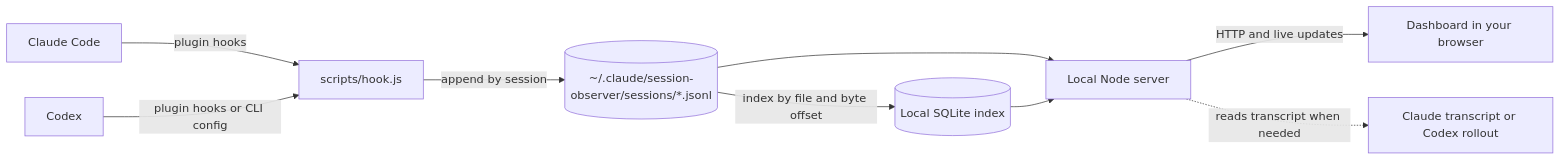
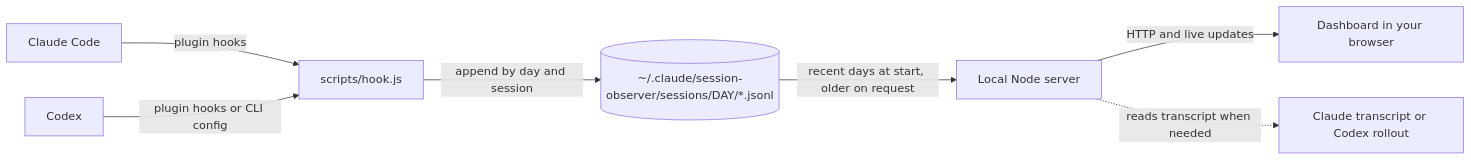
One commit to adrianstanek/session-observer changed the first of 3 diagrams in README.md. Above: the diagram before and after it, drawn with Mermaid. The commit also changed other lines of this file and 27 other files, not shown here.

First line of the commit message:
feat: store events in day folders and load recent days only

```diff
--- a/README.md
+++ b/README.md
@@ -35,11 +35,9 @@
 ~~~mermaid
 flowchart LR
   C[Claude Code] -->|plugin hooks| H[scripts/hook.js]
   X[Codex] -->|plugin hooks or CLI config| H
-  H -->|append by session| L[(~/.claude/session-observer/sessions/*.jsonl)]
-  L -->|index by file and byte offset| I[(Local SQLite index)]
-  L --> S[Local Node server]
-  I --> S
+  H -->|append by day and session| L[(~/.claude/session-observer/sessions/DAY/*.jsonl)]
+  L -->|recent days at start, older on request| S[Local Node server]
   S -->|HTTP and live updates| D[Dashboard in your browser]
   S -. reads transcript when needed .-> T[Claude transcript or Codex rollout]
 ~~~
```
